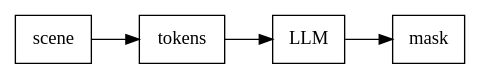
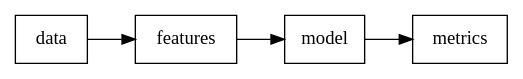
Before and after one commit to torridfish/md2s: the second of 2 diagrams in examples/gallery.md, drawn with Graphviz. The commit also changed other lines of this file and 11 other files, not shown here.

````diff
--- a/examples/gallery.md
+++ b/examples/gallery.md
@@ -239,3 +187,3 @@
 ```dot
-digraph { rankdir=LR; node [shape=box]; scene -> tokens -> LLM -> mask }
+digraph { rankdir=LR; node [shape=box]; data -> features -> model -> metrics }
 ```
````
